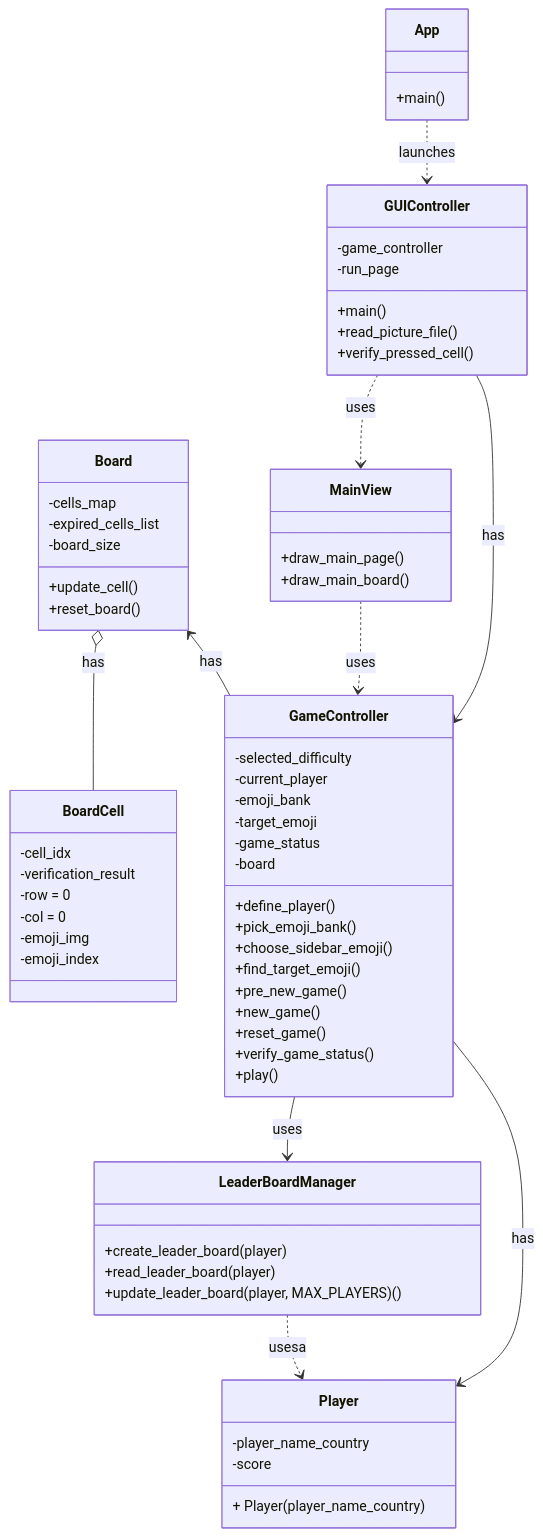
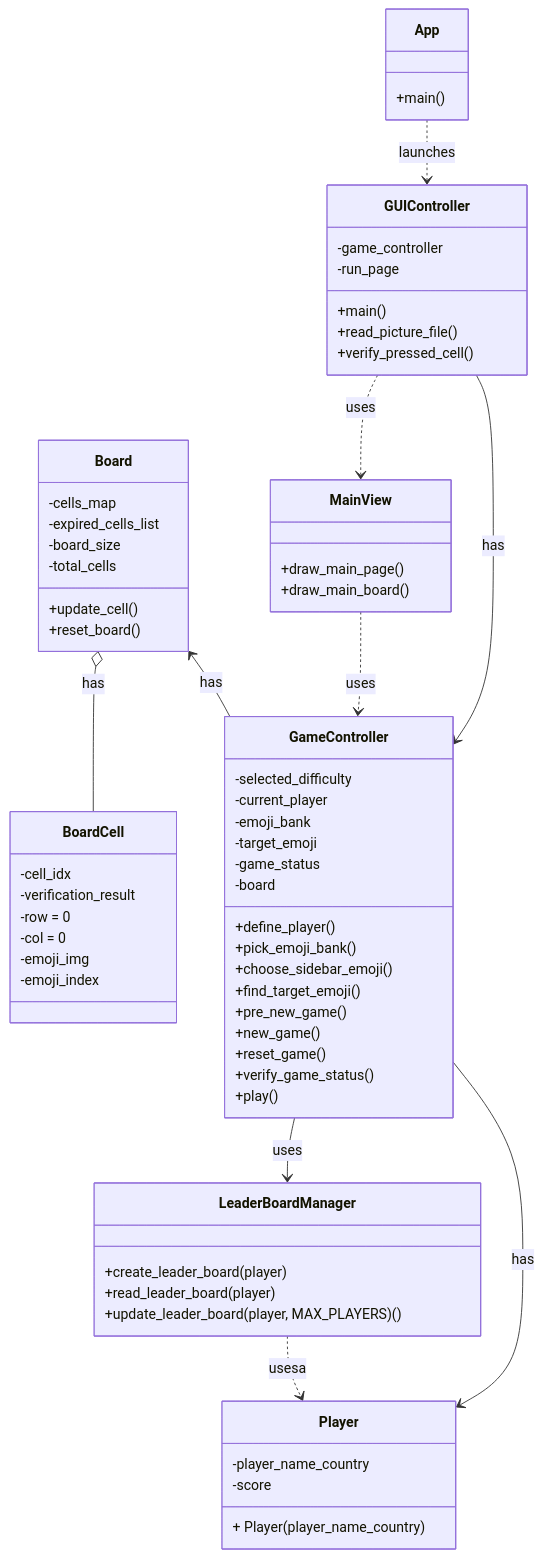
The diagram in README.md (300CIS017-Object-Oriented-Programming/9.-pixmatch_refactor), drawn with Mermaid before and after one commit. The commit also changed 8 other files, not shown here.

````diff
--- a/README.md
+++ b/README.md
@@ -36,70 +36,71 @@
 ```mermaid
 classDiagram
     class GameController {
         -selected_difficulty
         -current_player
         -emoji_bank
         -target_emoji
         -game_status
         -board
         +define_player()
         +pick_emoji_bank()
         +choose_sidebar_emoji()
         +find_target_emoji()
         +pre_new_game()
         +new_game()
         +reset_game()
         +verify_game_status()
         +play()
     }
     class GUIController {
         -game_controller
         -run_page
         +main()
         +read_picture_file()
         +verify_pressed_cell()
     }
     class Board {
         -cells_map
         -expired_cells_list
         -board_size
+        -total_cells 
         +update_cell()
         +reset_board()
     }
     class BoardCell {
         -cell_idx
         -verification_result
         -row = 0
         -col = 0
         -emoji_img
         -emoji_index 
     }
     class LeaderBoardManager {
         +create_leader_board(player)
         +read_leader_board(player)
         +update_leader_board(player, MAX_PLAYERS)()
     }
     class Player {
         -player_name_country
         -score
         
         + Player(player_name_country)
     }
     class MainView {
         +draw_main_page()
         +draw_main_board()
     }
     class App {
         +main()
     }
     GUIController --> GameController : has
     Board <-- GameController : has
     Board o-- BoardCell : has
     GameController --> Player : has
     GameController --> LeaderBoardManager : uses
     LeaderBoardManager ..> Player : usesa
     MainView ..> GameController : uses
     GUIController ..> MainView : uses
     App ..> GUIController : launches
 
 ```
````
